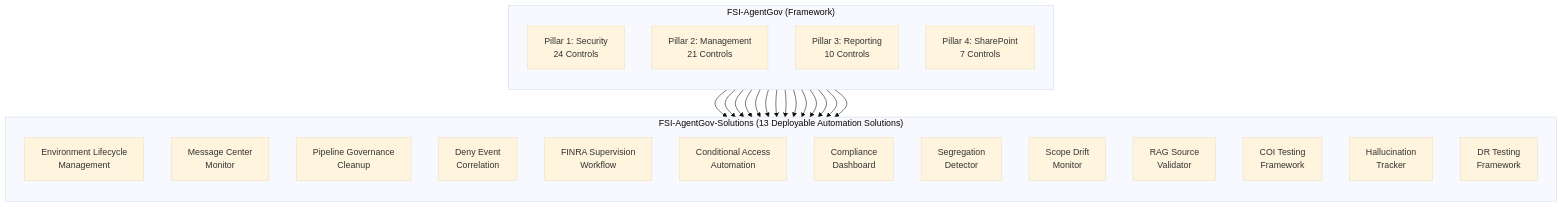
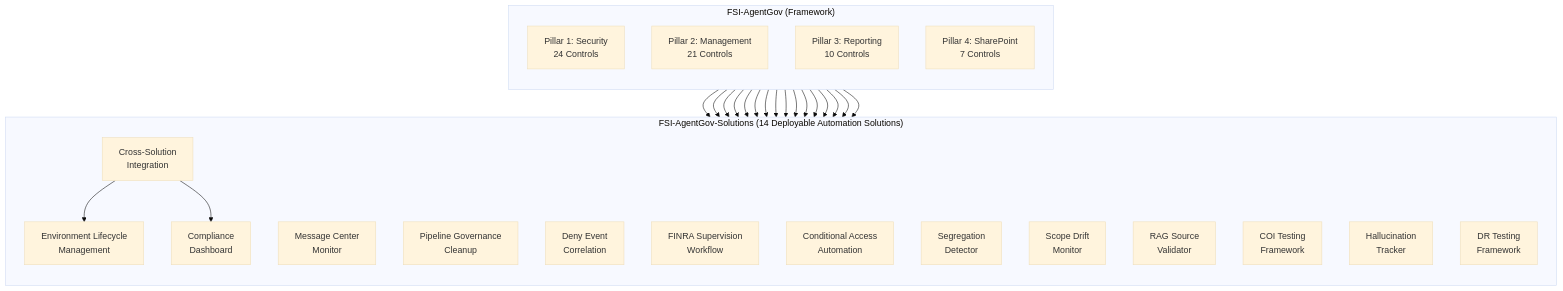
One commit to judeper/FSI-AgentGov changed the first of 2 diagrams in docs/framework/solutions-integration.md. Above: the diagram before and after it, drawn with Mermaid (base theme). The commit also changed other lines of this file and 76 other files, not shown here.

First line of the commit message:
v9: Cross-Solution Integration — SHIPPED

````diff
--- a/docs/framework/solutions-integration.md
+++ b/docs/framework/solutions-integration.md
@@ -11,42 +11,47 @@
 ```mermaid
 flowchart TB
     subgraph Framework["FSI-AgentGov (Framework)"]
         direction TB
         P1[Pillar 1: Security<br/>24 Controls]
         P2[Pillar 2: Management<br/>21 Controls]
         P3[Pillar 3: Reporting<br/>10 Controls]
         P4[Pillar 4: SharePoint<br/>7 Controls]
     end
 
-    subgraph Solutions["FSI-AgentGov-Solutions (13 Deployable Automation Solutions)"]
+    subgraph Solutions["FSI-AgentGov-Solutions (14 Deployable Automation Solutions)"]
         direction TB
         ELM[Environment Lifecycle<br/>Management]
         MCM[Message Center<br/>Monitor]
         PGC[Pipeline Governance<br/>Cleanup]
         DEC[Deny Event<br/>Correlation]
         FSW[FINRA Supervision<br/>Workflow]
         CAA[Conditional Access<br/>Automation]
         CD[Compliance<br/>Dashboard]
         SDD[Segregation<br/>Detector]
         SDM[Scope Drift<br/>Monitor]
         RSV[RAG Source<br/>Validator]
         COI[COI Testing<br/>Framework]
         HT[Hallucination<br/>Tracker]
         DR[DR Testing<br/>Framework]
+        CSI[Cross-Solution<br/>Integration]
     end
 
     P2 --> ELM
     P2 --> MCM
     P2 --> PGC
     P1 --> DEC
     P3 --> DEC
     P2 --> FSW
     P1 --> CAA
     P3 --> CD
     P2 --> SDD
     P1 --> SDM
     P2 --> RSV
     P2 --> COI
     P3 --> HT
     P2 --> DR
+    P1 --> CSI
+    P3 --> CSI
+    CSI --> CD
+    CSI --> ELM
 ```
````
